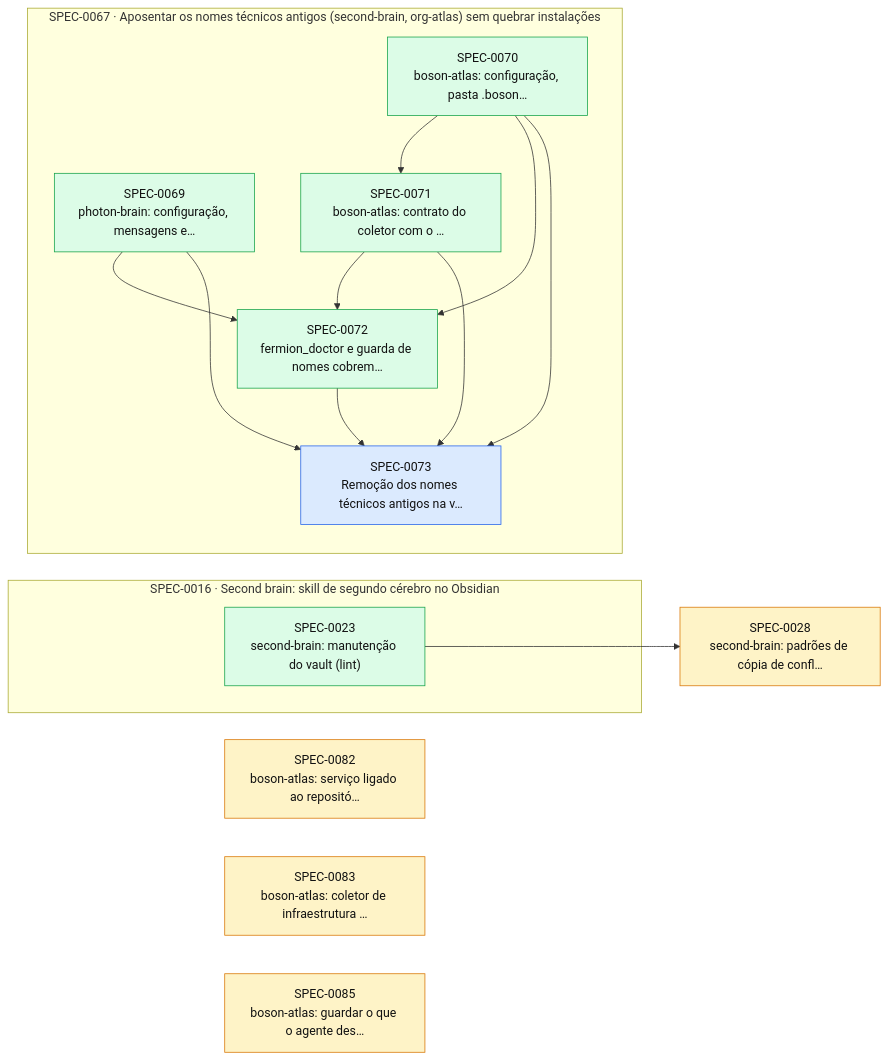
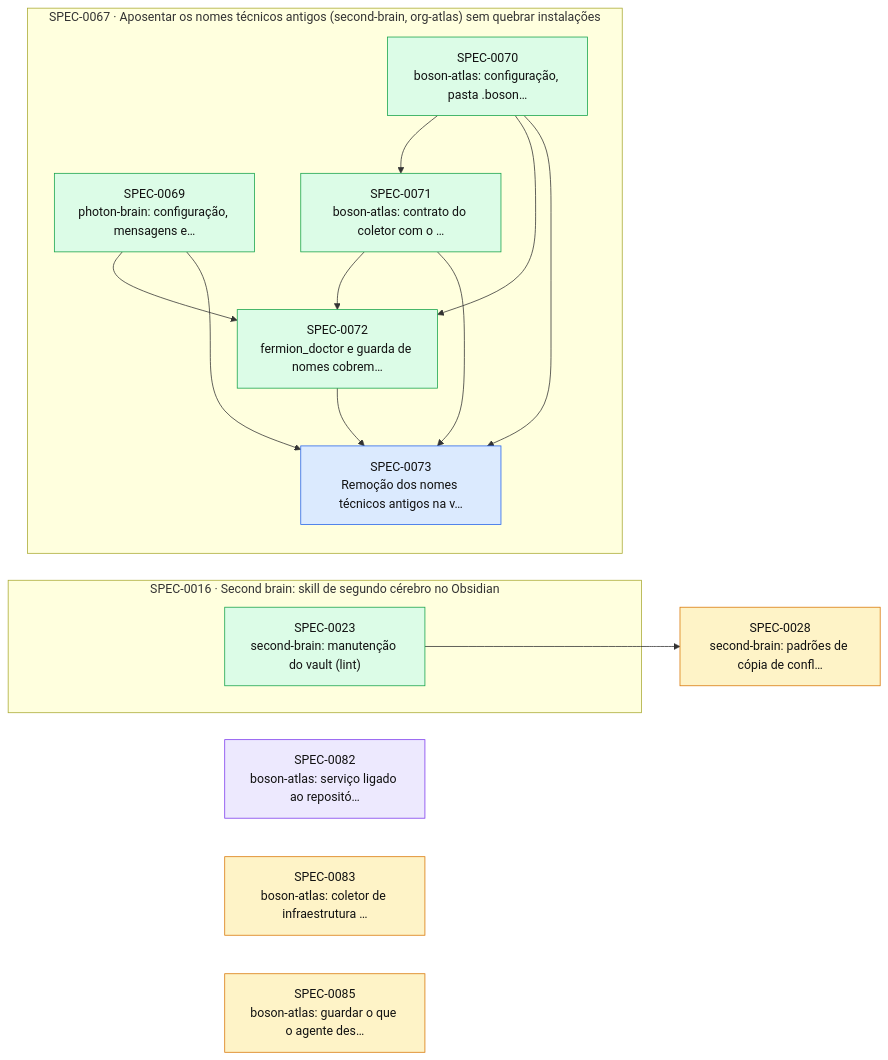
One commit to thomasravache/ai-dev-brain changed the diagram in docs/specs/INDEX.md. Above: the diagram before and after it, drawn with Mermaid. The commit also changed other lines of this file and 1 other file, not shown here.

First line of the commit message:
docs(specs): aprova a SPEC-0082 e planeja a implementação

````diff
--- a/docs/specs/INDEX.md
+++ b/docs/specs/INDEX.md
@@ -64,31 +64,31 @@
 ```mermaid
 flowchart LR
   S0028["SPEC-0028<br/>second-brain: padrões de cópia de confl…"]:::proposed
-  S0082["SPEC-0082<br/>boson-atlas: serviço ligado ao repositó…"]:::proposed
+  S0082["SPEC-0082<br/>boson-atlas: serviço ligado ao repositó…"]:::inprogress
   S0083["SPEC-0083<br/>boson-atlas: coletor de infraestrutura …"]:::proposed
   S0085["SPEC-0085<br/>boson-atlas: guardar o que o agente des…"]:::proposed
   subgraph E0016["SPEC-0016 · Second brain: skill de segundo cérebro no Obsidian"]
     S0023["SPEC-0023<br/>second-brain: manutenção do vault (lint)"]:::implemented
   end
   subgraph E0067["SPEC-0067 · Aposentar os nomes técnicos antigos (second-brain, org-atlas) sem quebrar instalações"]
     S0069["SPEC-0069<br/>photon-brain: configuração, mensagens e…"]:::implemented
     S0070["SPEC-0070<br/>boson-atlas: configuração, pasta .boson…"]:::implemented
     S0071["SPEC-0071<br/>boson-atlas: contrato do coletor com o …"]:::implemented
     S0072["SPEC-0072<br/>fermion_doctor e guarda de nomes cobrem…"]:::implemented
     S0073["SPEC-0073<br/>Remoção dos nomes técnicos antigos na v…"]:::approved
   end
   S0023 --> S0028
   S0070 --> S0071
   S0069 --> S0072
   S0070 --> S0072
   S0071 --> S0072
   S0069 --> S0073
   S0070 --> S0073
   S0071 --> S0073
   S0072 --> S0073
   classDef proposed fill:#fef3c7,stroke:#d97706,color:#111
   classDef approved fill:#dbeafe,stroke:#2563eb,color:#111
   classDef inprogress fill:#ede9fe,stroke:#7c3aed,color:#111
   classDef implemented fill:#dcfce7,stroke:#16a34a,color:#111
   classDef deprecated fill:#f3f4f6,stroke:#9ca3af,color:#6b7280
 ```
````
